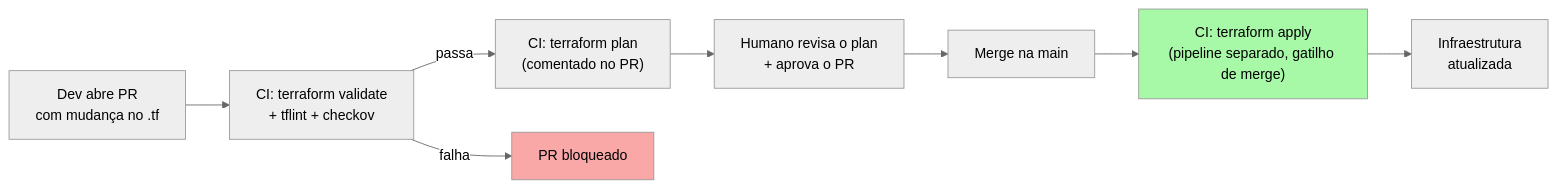
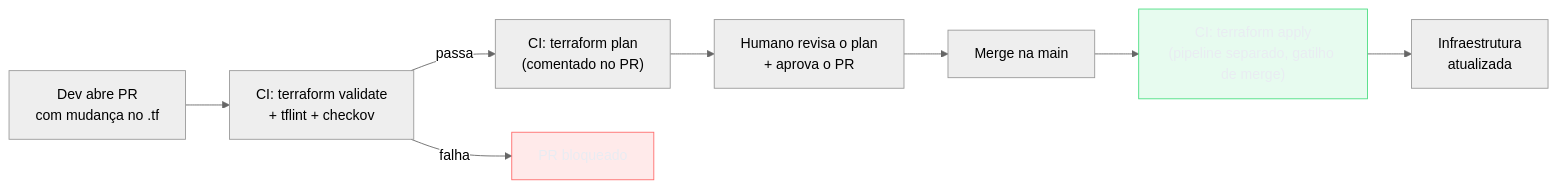
One commit to josenaldo/codex-technomanticus changed the third of 3 diagrams in 03-Dominios/Tecnologia/Cloud/16 - Infrastructure as Code/05 - Módulos, ambientes e boas práticas.md. Above: the diagram before and after it, drawn with Mermaid (neutral theme). The commit also changed other lines of this file and 1181 other files, not shown here.

First line of the commit message:
fix(diagramas): paleta do sistema no lugar de cor cravada no markdown

````diff
--- a/03-Dominios/Tecnologia/Cloud/16 - Infrastructure as Code/05 - Módulos, ambientes e boas práticas.md
+++ b/03-Dominios/Tecnologia/Cloud/16 - Infrastructure as Code/05 - Módulos, ambientes e boas práticas.md
@@ -154,13 +156,15 @@
 ```mermaid
 flowchart LR
+    classDef falha fill:#FF6B6B24,stroke:#FF6B6B,color:#E9ECF2
+    classDef ok fill:#4ADE8021,stroke:#4ADE80,color:#E9ECF2
     Dev["Dev abre PR\ncom mudança no .tf"] --> Val["CI: terraform validate\n+ tflint + checkov"]
     Val -->|"passa"| Plan["CI: terraform plan\n(comentado no PR)"]
     Val -->|"falha"| Block["PR bloqueado"]
     Plan --> Review["Humano revisa o plan\n+ aprova o PR"]
     Review --> Merge["Merge na main"]
     Merge --> Apply["CI: terraform apply\n(pipeline separado, gatilho de merge)"]
     Apply --> Prod["Infraestrutura\natualizada"]
 
-    style Block fill:#f9a7a7
-    style Apply fill:#a7f9a7
+    class Block falha
+    class Apply ok
 ```
````
